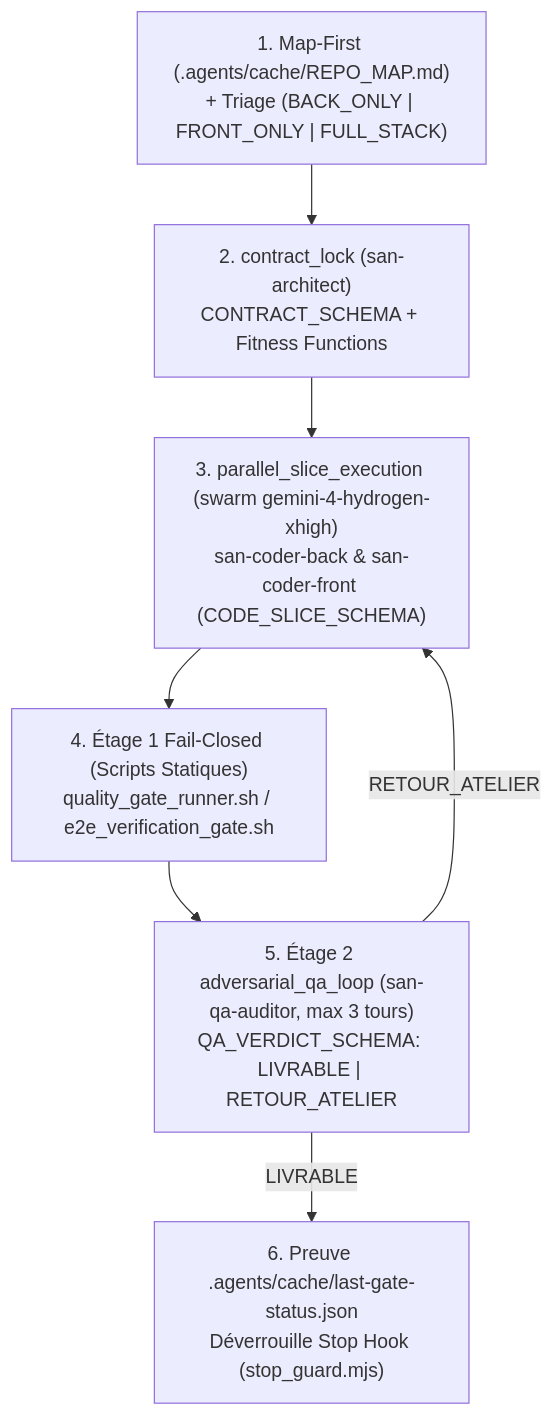
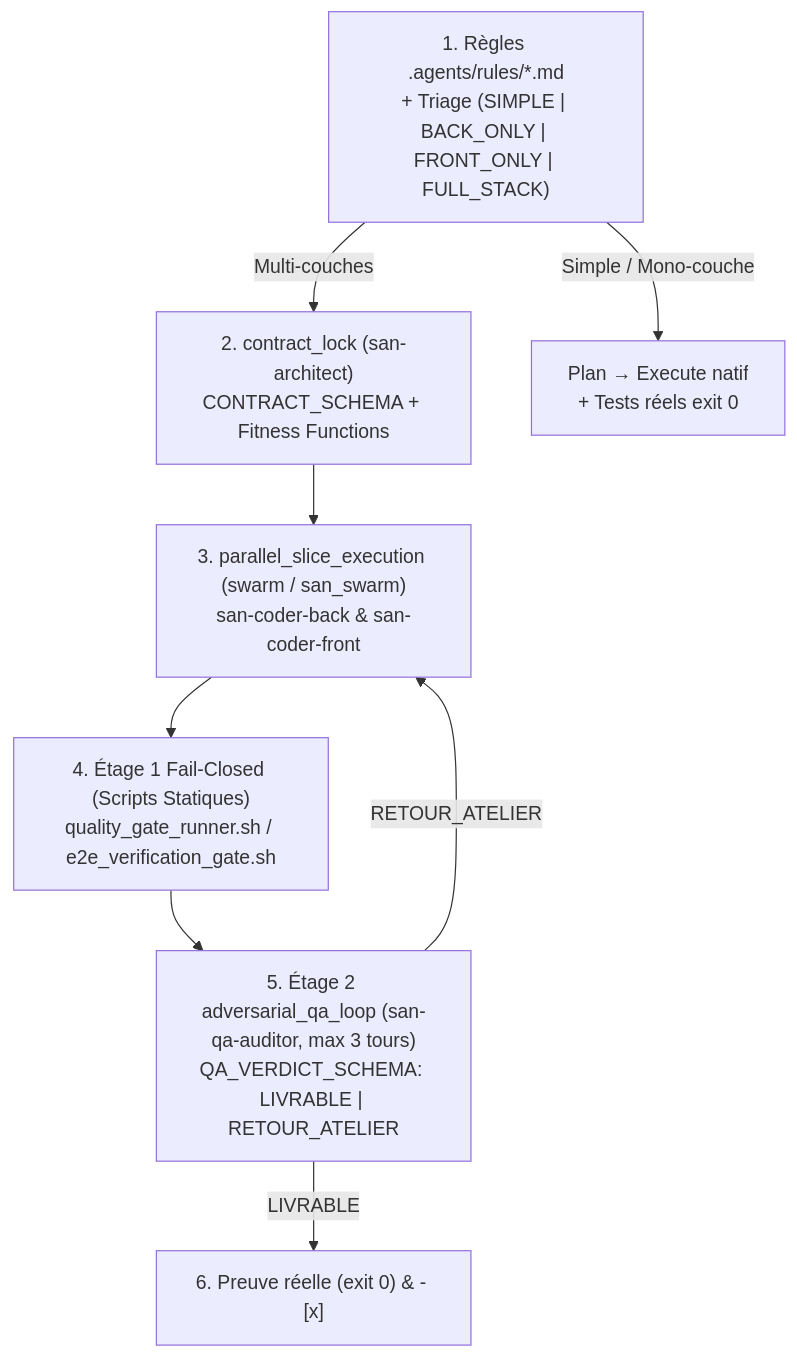
One commit to alexsan-dev/san_agy_framework changed the diagram in src/skills/san_executer/SKILL.md. Above: the diagram before and after it, drawn with Mermaid. The commit also changed other lines of this file and 67 other files, not shown here.

Commit message:
wip(v3.0.0): checkpoint phases 1-3.4 (san_ai_harness rebrand, 120k compaction, OpenCode swarm plugin, CLI & agents)

````diff
--- a/src/skills/san_executer/SKILL.md
+++ b/src/skills/san_executer/SKILL.md
@@ -24,9 +25,10 @@
 ```mermaid
 flowchart TD
-    S1["1. Map-First (.agents/cache/REPO_MAP.md)\n+ Triage (BACK_ONLY | FRONT_ONLY | FULL_STACK)"] --> S2["2. contract_lock (san-architect)\nCONTRACT_SCHEMA + Fitness Functions"]
-    S2 --> S3["3. parallel_slice_execution (swarm gemini-4-hydrogen-xhigh)\nsan-coder-back & san-coder-front (CODE_SLICE_SCHEMA)"]
+    S1["1. Règles .agents/rules/*.md\n+ Triage (SIMPLE | BACK_ONLY | FRONT_ONLY | FULL_STACK)"] -->|"Multi-couches"| S2["2. contract_lock (san-architect)\nCONTRACT_SCHEMA + Fitness Functions"]
+    S1 -->|"Simple / Mono-couche"| S3B["Plan → Execute natif\n+ Tests réels exit 0"]
+    S2 --> S3["3. parallel_slice_execution (swarm / san_swarm)\nsan-coder-back & san-coder-front"]
     S3 --> S4["4. Étage 1 Fail-Closed (Scripts Statiques)\nquality_gate_runner.sh / e2e_verification_gate.sh"]
     S4 --> S5["5. Étage 2 adversarial_qa_loop (san-qa-auditor, max 3 tours)\nQA_VERDICT_SCHEMA: LIVRABLE | RETOUR_ATELIER"]
     S5 -->|"RETOUR_ATELIER"| S3
-    S5 -->|"LIVRABLE"| S6["6. Preuve .agents/cache/last-gate-status.json\nDéverrouille Stop Hook (stop_guard.mjs)"]
+    S5 -->|"LIVRABLE"| S6["6. Preuve réelle (exit 0) & - [x]"]
 ```
````
